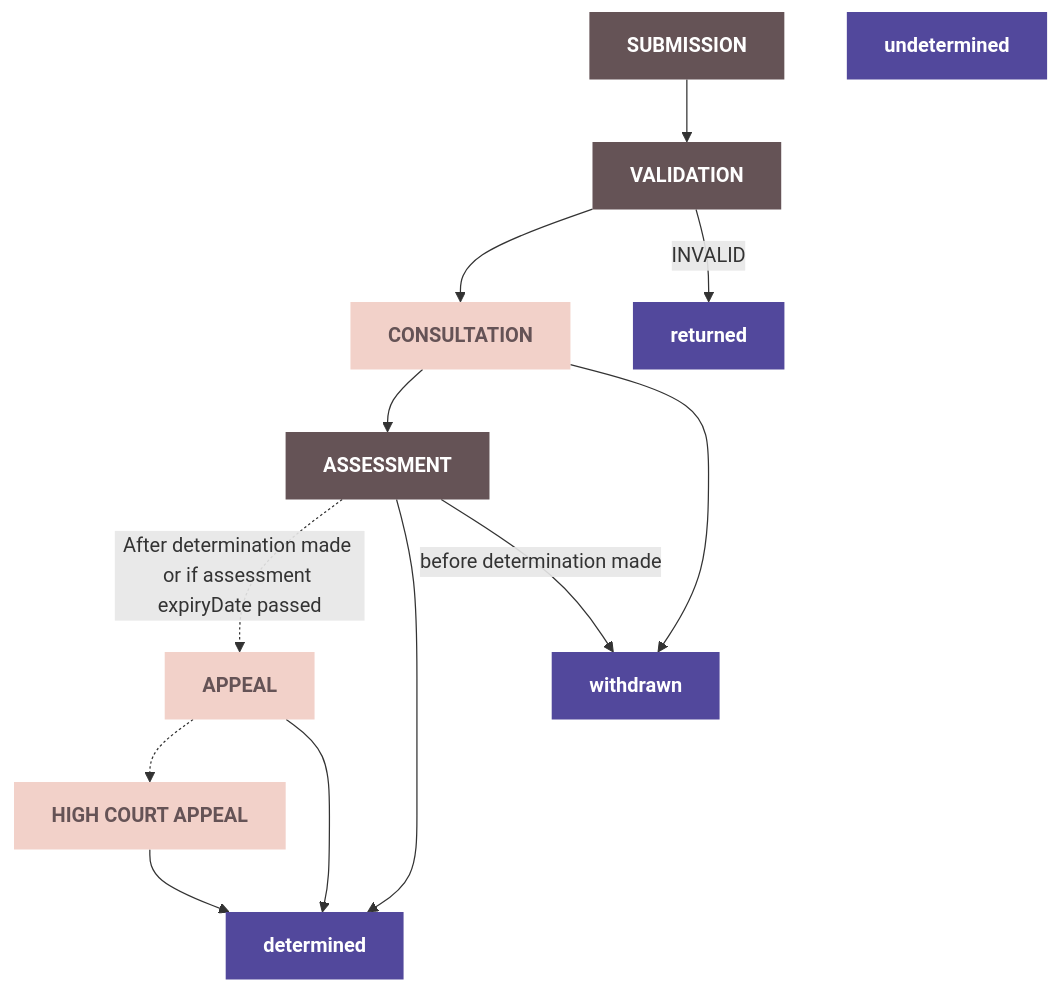
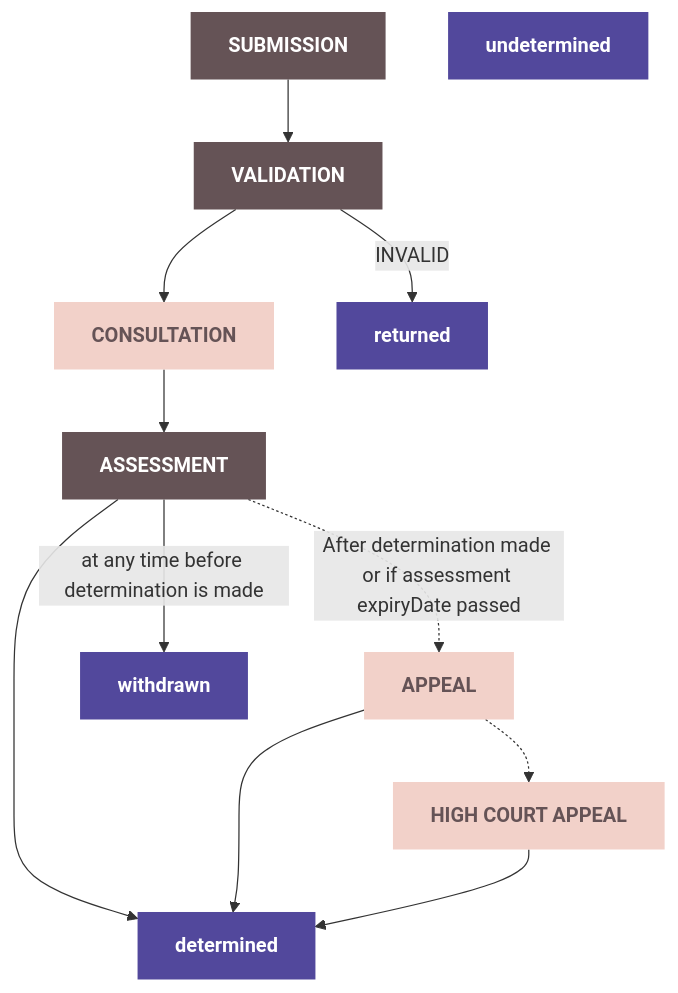
Before and after one commit to theopensystemslab/digital-planning-data-schemas: the first of 4 diagrams in types/schemas/postSubmissionApplication/README.md, drawn with Mermaid. The commit also changed other lines of this file and 2 other files, not shown here.

Commit message:
Clarify withdrawn status

````diff
--- a/types/schemas/postSubmissionApplication/README.md
+++ b/types/schemas/postSubmissionApplication/README.md
@@ -343,50 +343,49 @@
 ```mermaid
 flowchart TD
 
 %% stages
 
 submission[SUBMISSION]:::stage
 validation[VALIDATION]:::stage
 consultation[CONSULTATION]:::stageOptional
 assessment[ASSESSMENT]:::stage
 appeal[APPEAL]:::stageOptional
 highCourtAppeal[HIGH COURT APPEAL]:::stageOptional
 
 
 %% status
 
 returned:::status
 withdrawn:::status
 determined:::status
 undetermined:::status
 
 
 
 %% flow
 
 submission --> validation
 validation --> consultation
 consultation --> assessment
 assessment -.-> |After determination made or if assessment expiryDate passed|appeal
 appeal -.-> highCourtAppeal
 
 
 %% status flow
 
 validation --> |INVALID|returned
 
 assessment --> determined
 appeal --> determined
 highCourtAppeal --> determined
 
-consultation --> withdrawn
-assessment --> |before determination made|withdrawn
+assessment --> |at any time before determination is made|withdrawn
 
 
 
 classDef stage fill:#655356,color:#FFF,stroke-width:0px,font-weight:bold;
 classDef stageOptional fill:#F2D1C9,color:#655356,stroke-width:0px,font-weight:bold;
 classDef status fill:#52489C,color:#FFF,stroke-width:0px,font-weight:bold;
 classDef check fill:#BAD1CD,color:#655356,stroke-width:0px;
 
 ```
````
